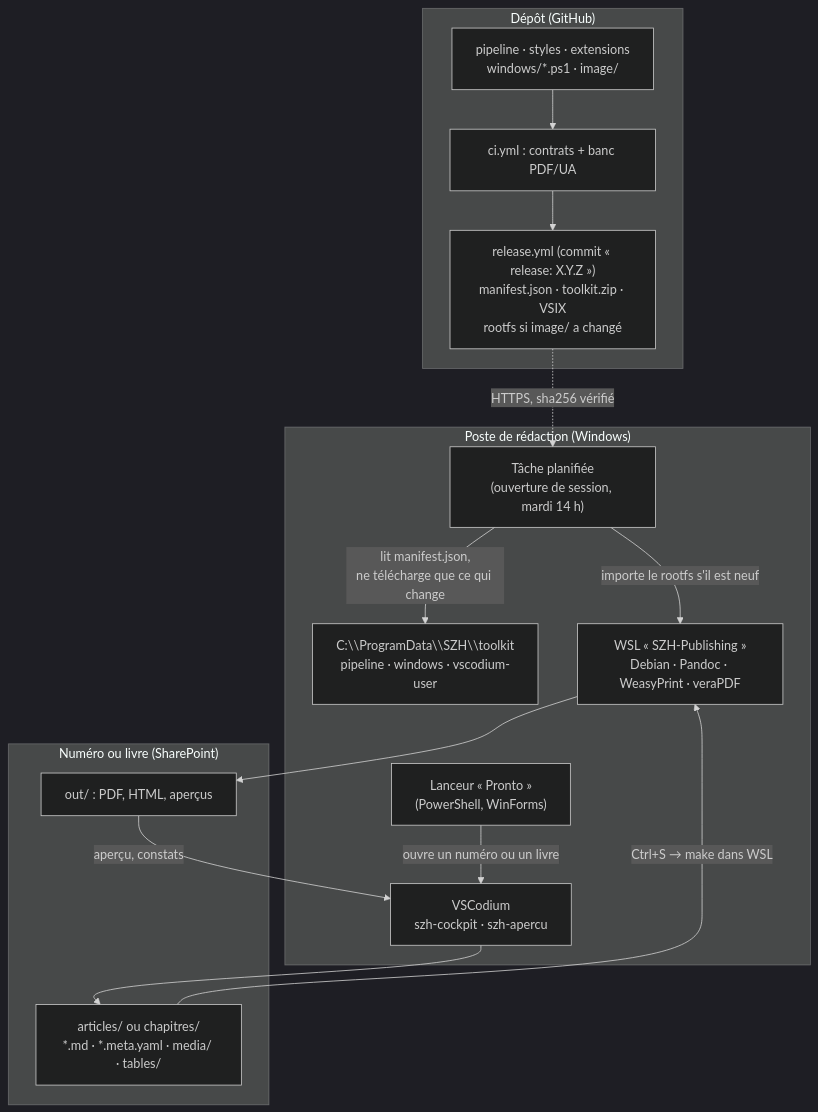
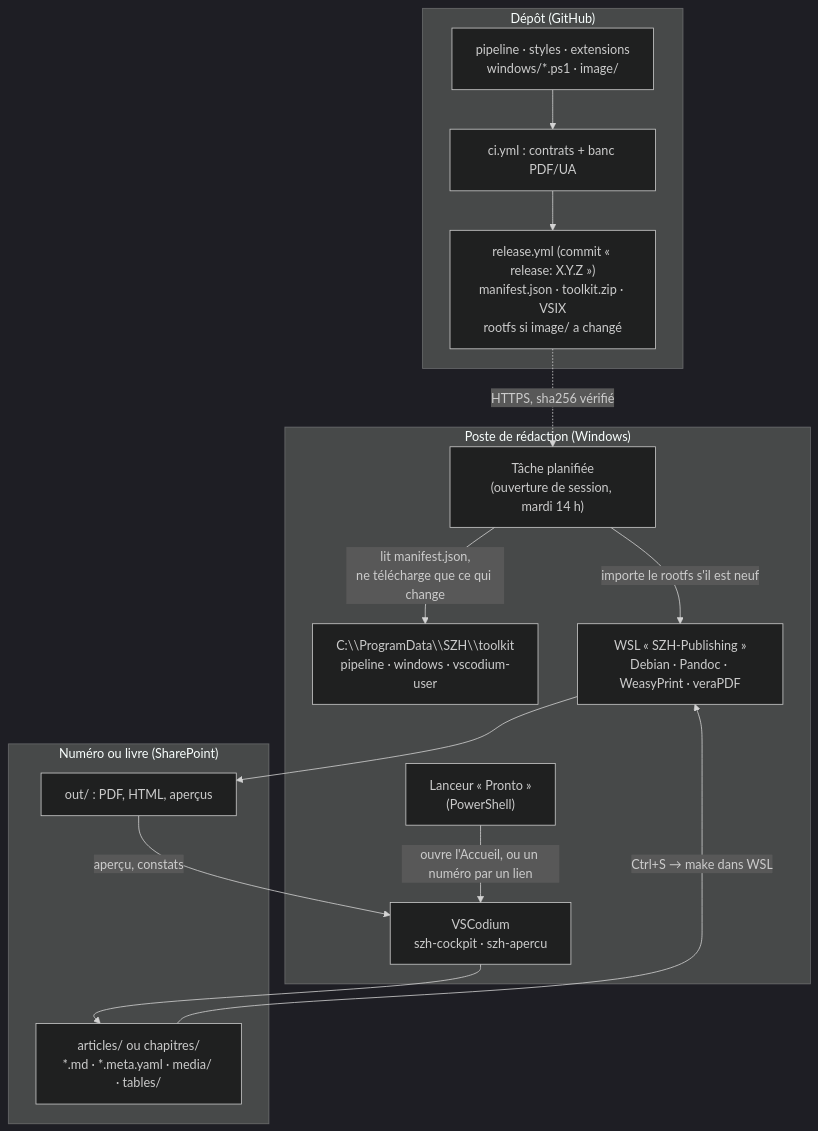
One commit to SZH-CSPS/szh-publishing-toolchain changed the diagram in docs/ARCHITECTURE.md. Above: the diagram before and after it, drawn with Mermaid (dark theme). The commit also changed other lines of this file and 58 other files, not shown here.

First line of the commit message:
Bascule : le lanceur WinForms mort est retire

````diff
--- a/docs/ARCHITECTURE.md
+++ b/docs/ARCHITECTURE.md
@@ -28,31 +28,31 @@
 ```mermaid
 flowchart TB
     subgraph DEP["Dépôt (GitHub)"]
         SRC["pipeline · styles · extensions<br/>windows/*.ps1 · image/"]
         CI["ci.yml : contrats + banc PDF/UA"]
         REL["release.yml (commit « release: X.Y.Z »)<br/>manifest.json · toolkit.zip · VSIX<br/>rootfs si image/ a changé"]
         SRC --> CI --> REL
     end
 
     subgraph POSTE["Poste de rédaction (Windows)"]
         TACHE["Tâche planifiée<br/>(ouverture de session, mardi 14 h)"]
         TK["C:\\ProgramData\\SZH\\toolkit<br/>pipeline · windows · vscodium-user"]
         WSL["WSL « SZH-Publishing »<br/>Debian · Pandoc · WeasyPrint · veraPDF"]
-        LAN["Lanceur « Pronto »<br/>(PowerShell, WinForms)"]
+        LAN["Lanceur « Pronto »<br/>(PowerShell)"]
         VSC["VSCodium<br/>szh-cockpit · szh-apercu"]
         TACHE -->|"lit manifest.json,<br/>ne télécharge que ce qui change"| TK
         TACHE -->|"importe le rootfs s'il est neuf"| WSL
-        LAN -->|"ouvre un numéro ou un livre"| VSC
+        LAN -->|"ouvre l'Accueil, ou un numéro par un lien"| VSC
     end
 
     subgraph PUB["Numéro ou livre (SharePoint)"]
         MD["articles/ ou chapitres/<br/>*.md · *.meta.yaml · media/ · tables/"]
         OUT["out/ : PDF, HTML, aperçus"]
     end
 
     REL -.->|"HTTPS, sha256 vérifié"| TACHE
     VSC --> MD
     MD -->|"Ctrl+S → make dans WSL"| WSL
     WSL --> OUT
     OUT -->|"aperçu, constats"| VSC
 ```
````
